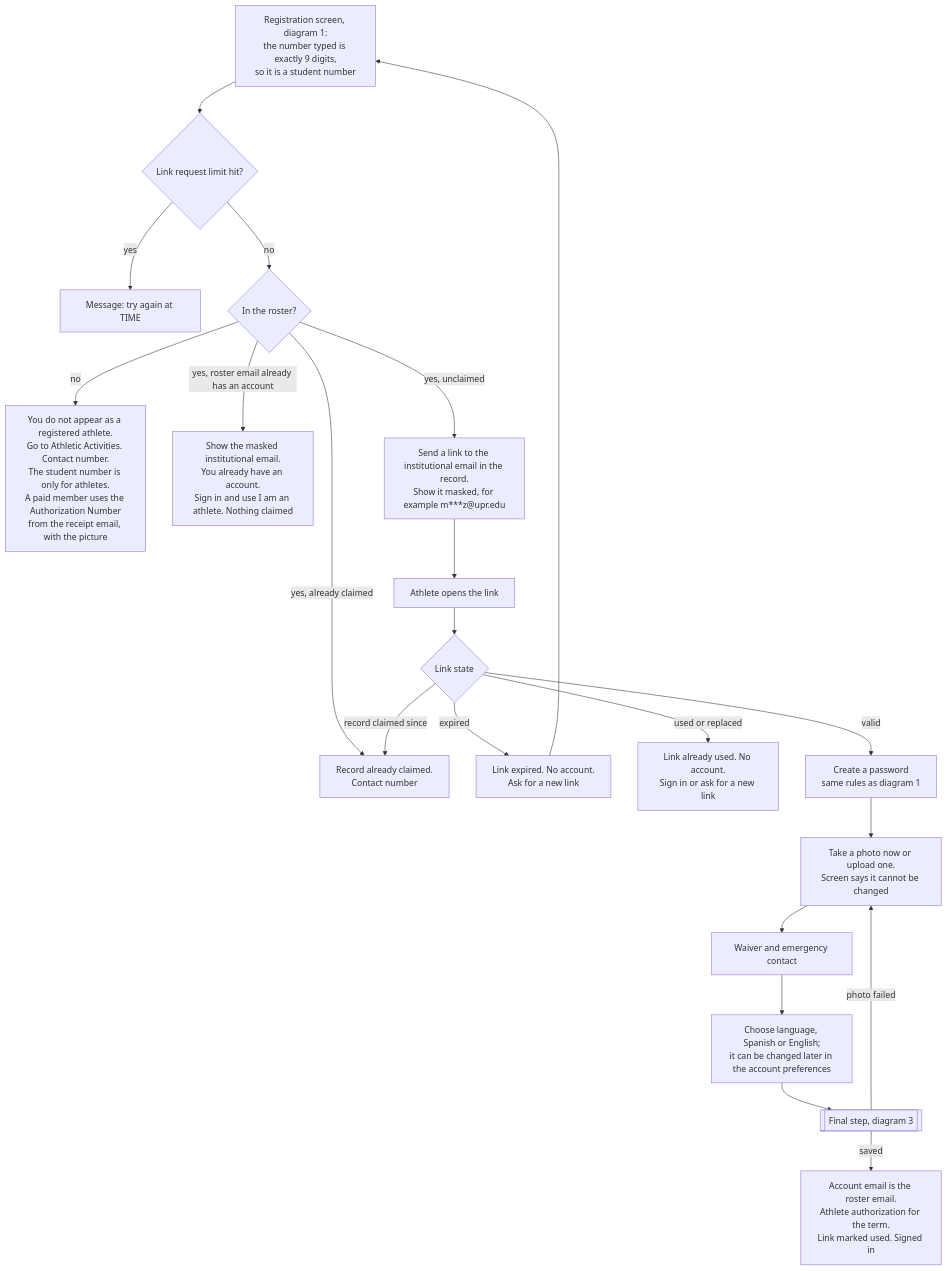
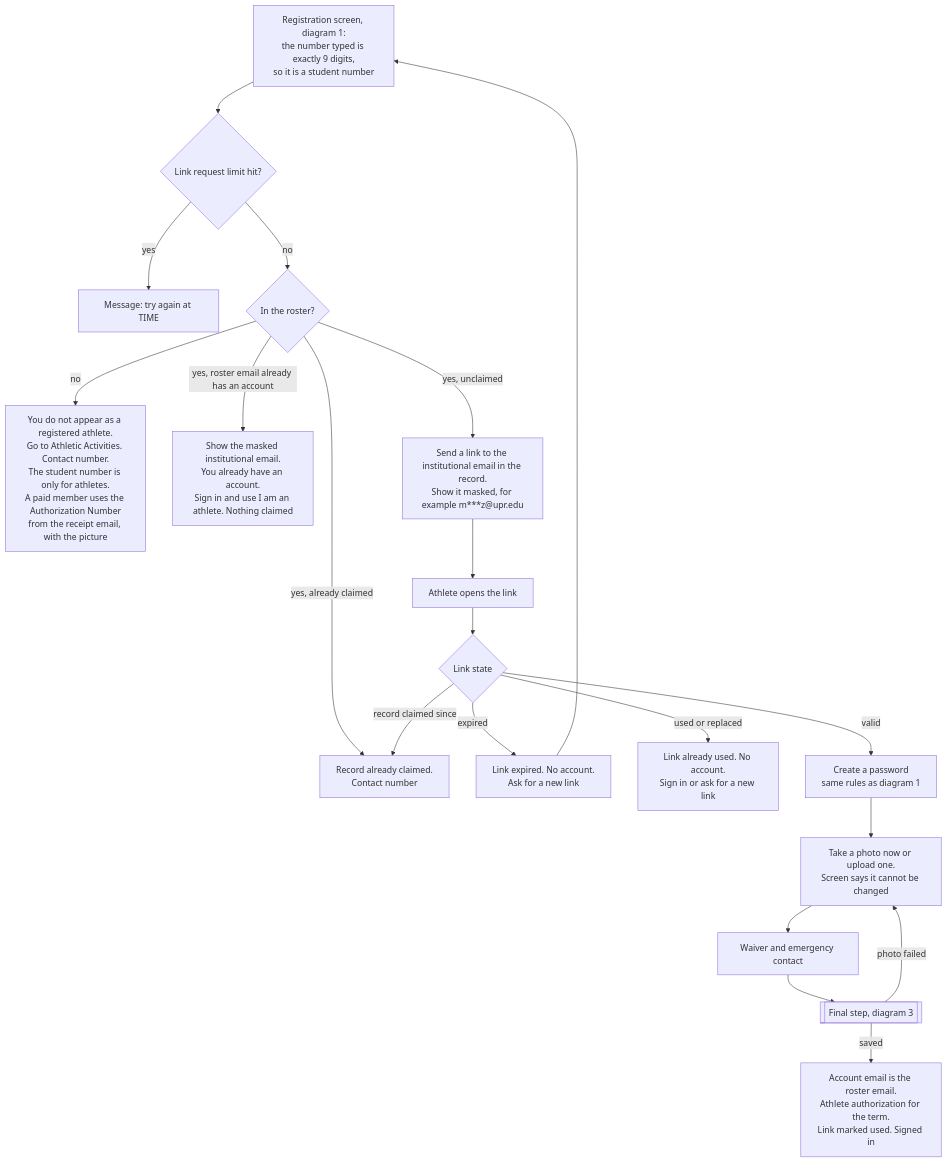
Before and after one commit to Th3-Minorities/natatorio-gym-app: the fourth of 8 diagrams in docs/design/registration-flows.md, drawn with Mermaid. The commit also changed other lines of this file and 3 other files, not shown here.

````diff
--- a/docs/design/registration-flows.md
+++ b/docs/design/registration-flows.md
@@ -141,23 +140,22 @@
 ```mermaid
 flowchart TD
   START["Registration screen, diagram 1:<br/>the number typed is exactly 9 digits,<br/>so it is a student number"] --> LIM{"Link request limit hit?"}
   LIM -->|"yes"| X0["Message: try again at TIME"]
   LIM -->|"no"| R{"In the roster?"}
   R -->|"no"| X1["You do not appear as a registered athlete.<br/>Go to Athletic Activities. Contact number.<br/>The student number is only for athletes.<br/>A paid member uses the Authorization Number<br/>from the receipt email, with the picture"]
   R -->|"yes, already claimed"| X2["Record already claimed.<br/>Contact number"]
   R -->|"yes, roster email already has an account"| X3["Show the masked institutional email.<br/>You already have an account.<br/>Sign in and use I am an athlete. Nothing claimed"]
   R -->|"yes, unclaimed"| SEND["Send a link to the institutional email in the record.<br/>Show it masked, for example m***z@upr.edu"]
   SEND --> OPEN["Athlete opens the link"]
   OPEN --> V{"Link state"}
   V -->|"expired"| X4["Link expired. No account.<br/>Ask for a new link"]
   V -->|"used or replaced"| X5["Link already used. No account.<br/>Sign in or ask for a new link"]
   V -->|"record claimed since"| X2
   V -->|"valid"| PW["Create a password<br/>same rules as diagram 1"]
   PW --> PH["Take a photo now or upload one.<br/>Screen says it cannot be changed"]
   PH --> WV["Waiver and emergency contact"]
-  WV --> LG["Choose language, Spanish or English;<br/>it can be changed later in the account preferences"]
-  LG --> FIN[["Final step, diagram 3"]]
+  WV --> FIN[["Final step, diagram 3"]]
   FIN -->|"photo failed"| PH
   FIN -->|"saved"| OK["Account email is the roster email.<br/>Athlete authorization for the term.<br/>Link marked used. Signed in"]
   X4 --> START
 ```
````
